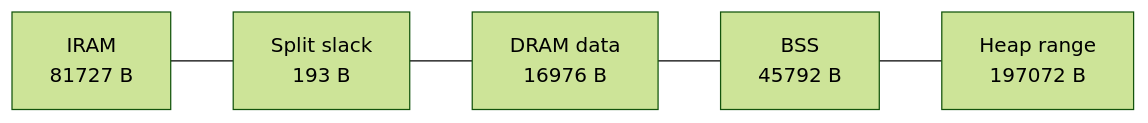
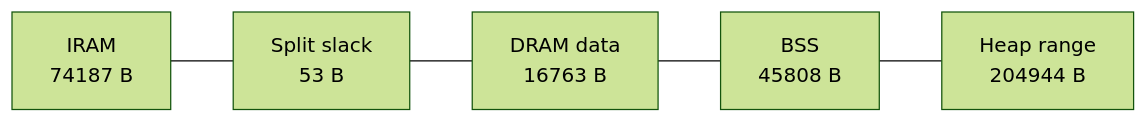
The second of 2 diagrams in docs/notes/Board-and-Memory.md (jose-villegas/autana), drawn with Mermaid (forest theme) before and after one commit. The commit also changed other lines of this file and 2 other files, not shown here.

Commit message:
build: re-peg IRAM budgets and the memory map on ESP-IDF 6.1

````diff
--- a/docs/notes/Board-and-Memory.md
+++ b/docs/notes/Board-and-Memory.md
@@ -261,4 +266,4 @@
 ```mermaid
 flowchart LR
-    iram["IRAM<br/>81727 B"] --- slack["Split slack<br/>193 B"] --- data["DRAM data<br/>16976 B"] --- bss["BSS<br/>45792 B"] --- heap["Heap range<br/>197072 B"]
+    iram["IRAM<br/>74187 B"] --- slack["Split slack<br/>53 B"] --- data["DRAM data<br/>16763 B"] --- bss["BSS<br/>45808 B"] --- heap["Heap range<br/>204944 B"]
 ```
````
